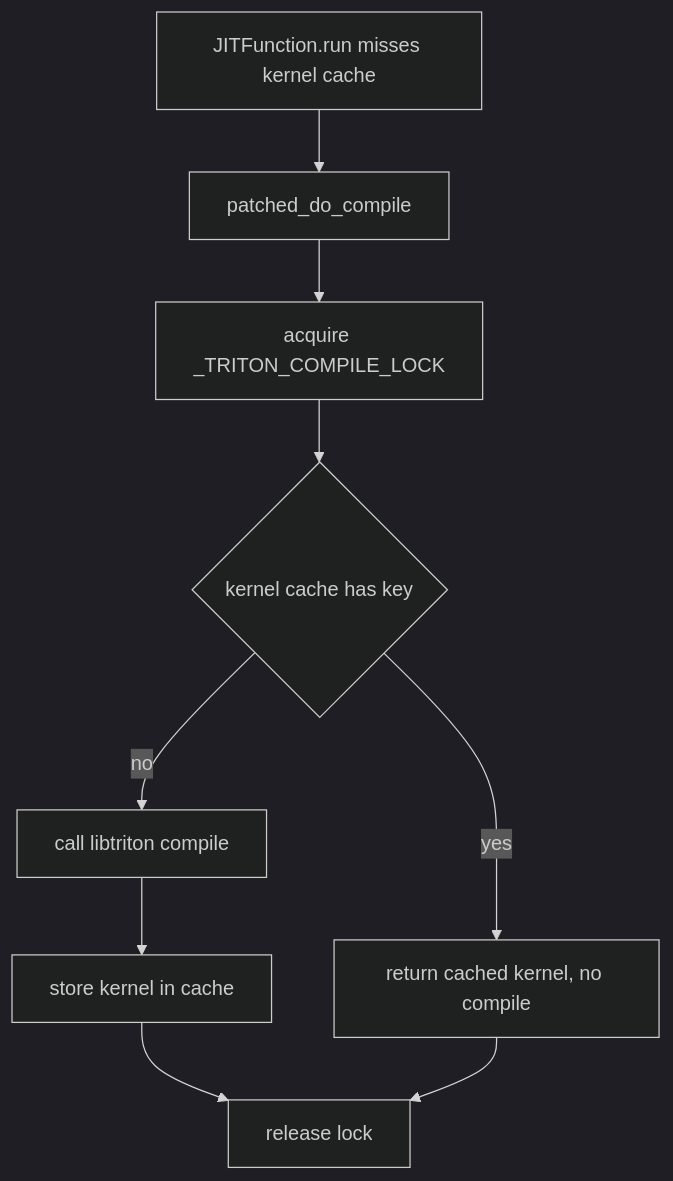
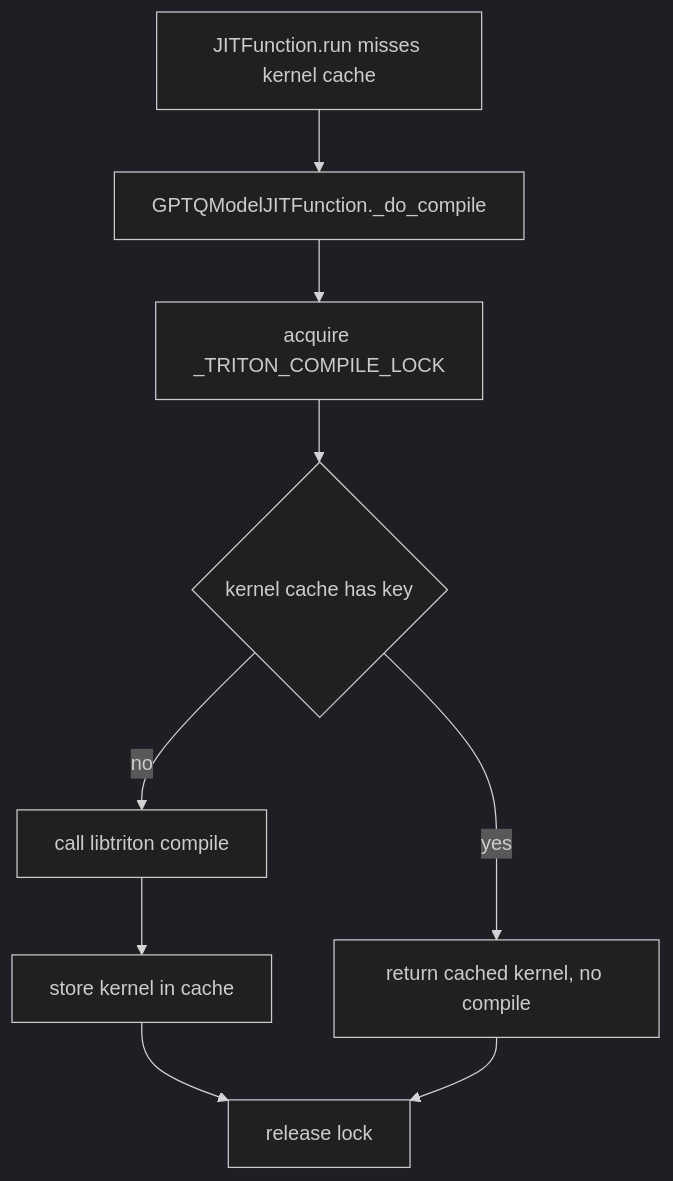
One commit to ModelCloud/GPTQModel changed the second of 8 diagrams in docs/concurrency.md. Above: the diagram before and after it, drawn with Mermaid (dark theme). The commit also changed other lines of this file and 2458 other files, not shown here.

````diff
--- a/docs/concurrency.md
+++ b/docs/concurrency.md
@@ -146,11 +147,11 @@
 ```mermaid
 flowchart TD
-    A["JITFunction.run misses kernel cache"] --> B["patched_do_compile"]
+    A["JITFunction.run misses kernel cache"] --> B["GPTQModelJITFunction._do_compile"]
     B --> C["acquire _TRITON_COMPILE_LOCK"]
     C --> D{"kernel cache has key"}
     D -- yes --> E["return cached kernel, no compile"]
     D -- no --> F["call libtriton compile"]
     F --> G["store kernel in cache"]
     G --> H["release lock"]
     E --> H
 ```
````
